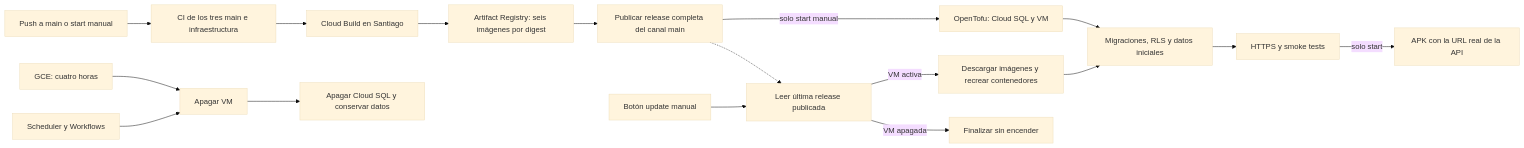
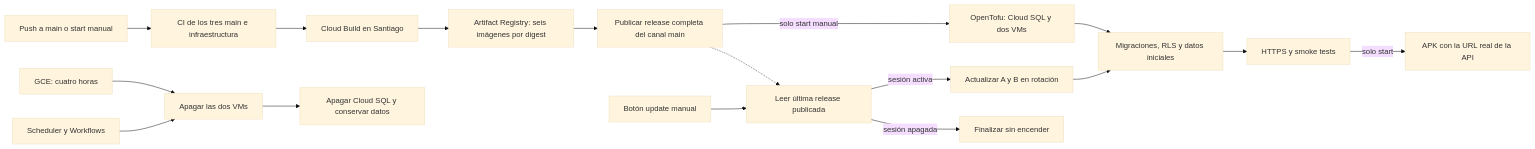
Before and after one commit to NexoRuta/NexoRuta: the diagram in infra/gcp/README.md, drawn with Mermaid (base theme). The commit also changed other lines of this file and 11 other files, not shown here.

````diff
--- a/infra/gcp/README.md
+++ b/infra/gcp/README.md
@@ -50,19 +53,19 @@
 ```mermaid
 flowchart LR
     A[Push a main o start manual] --> B[CI de los tres main e infraestructura]
     B --> C[Cloud Build en Santiago]
     C --> D[Artifact Registry: seis imágenes por digest]
     D --> E[Publicar release completa del canal main]
-    E -->|solo start manual| F[OpenTofu: Cloud SQL y VM]
+    E -->|solo start manual| F[OpenTofu: Cloud SQL y dos VMs]
     U[Botón update manual] --> V[Leer última release publicada]
     E -.-> V
-    V -->|VM activa| G[Descargar imágenes y recrear contenedores]
-    V -->|VM apagada| O[Finalizar sin encender]
+    V -->|sesión activa| G[Actualizar A y B en rotación]
+    V -->|sesión apagada| O[Finalizar sin encender]
     F --> H[Migraciones, RLS y datos iniciales]
     G --> H
     H --> I[HTTPS y smoke tests]
     I -->|solo start| J[APK con la URL real de la API]
-    K[GCE: cuatro horas] --> L[Apagar VM]
+    K[GCE: cuatro horas] --> L[Apagar las dos VMs]
     M[Scheduler y Workflows] --> L
     L --> N[Apagar Cloud SQL y conservar datos]
 ```
````
